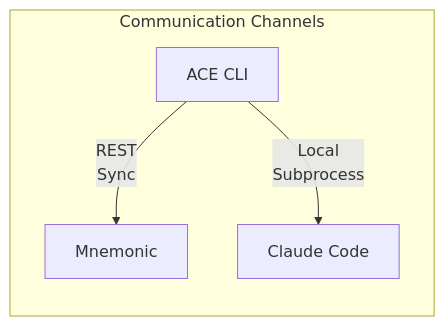
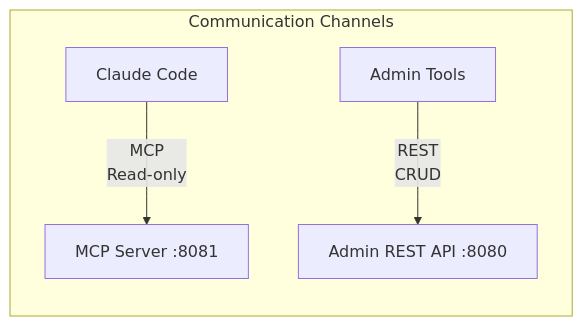
Before and after one commit to twistingmercury/mnemonic-mcp: the first of 5 diagrams in docs/architecture/04-communication-patterns.md, drawn with Mermaid. The commit also changed other lines of this file and 63 other files, not shown here.

````diff
--- a/docs/architecture/04-communication-patterns.md
+++ b/docs/architecture/04-communication-patterns.md
@@ -21,11 +23,12 @@
 ```mermaid
 graph LR
     subgraph "Communication Channels"
-        CLI[ACE CLI]
-        MN[Mnemonic]
         CC[Claude Code]
+        ADMIN[Admin Tools]
+        MCP[MCP Server :8081]
+        REST[Admin REST API :8080]
     end
 
-    CLI -->|"REST<br/>Sync"| MN
-    CLI -->|"Local<br/>Subprocess"| CC
+    CC -->|"MCP<br/>Read-only"| MCP
+    ADMIN -->|"REST<br/>CRUD"| REST
 ```
````
